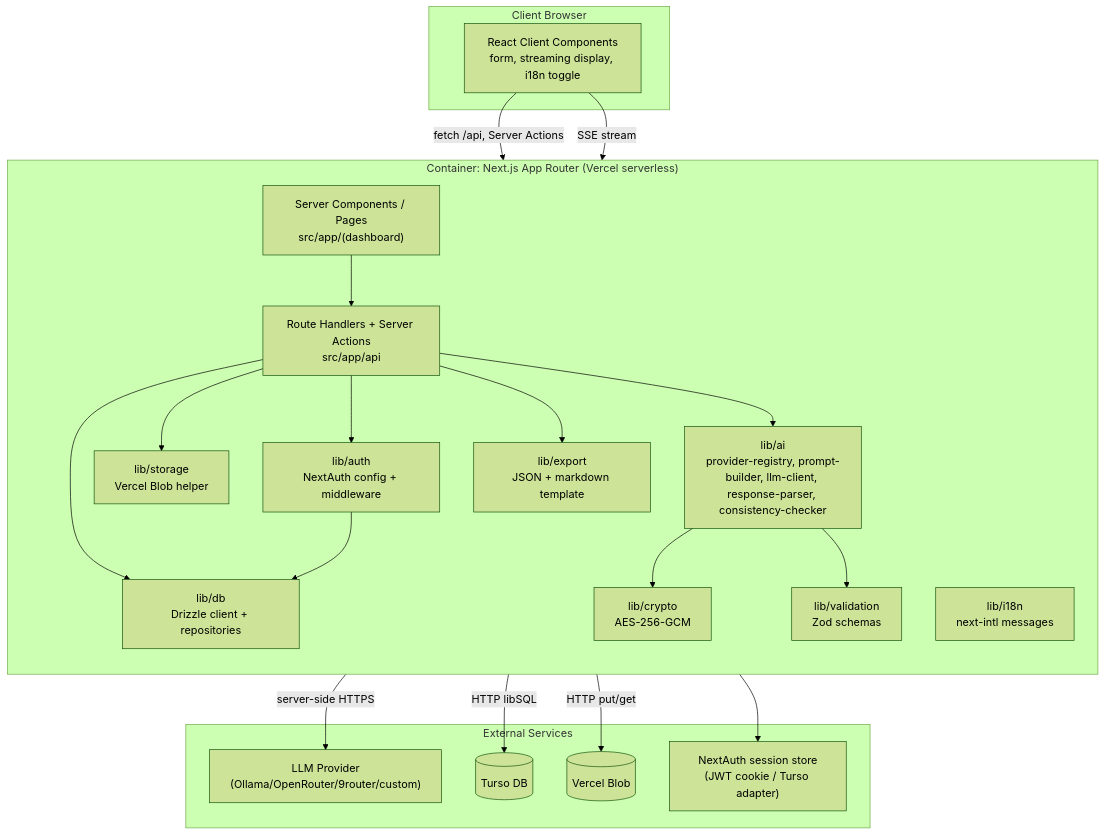
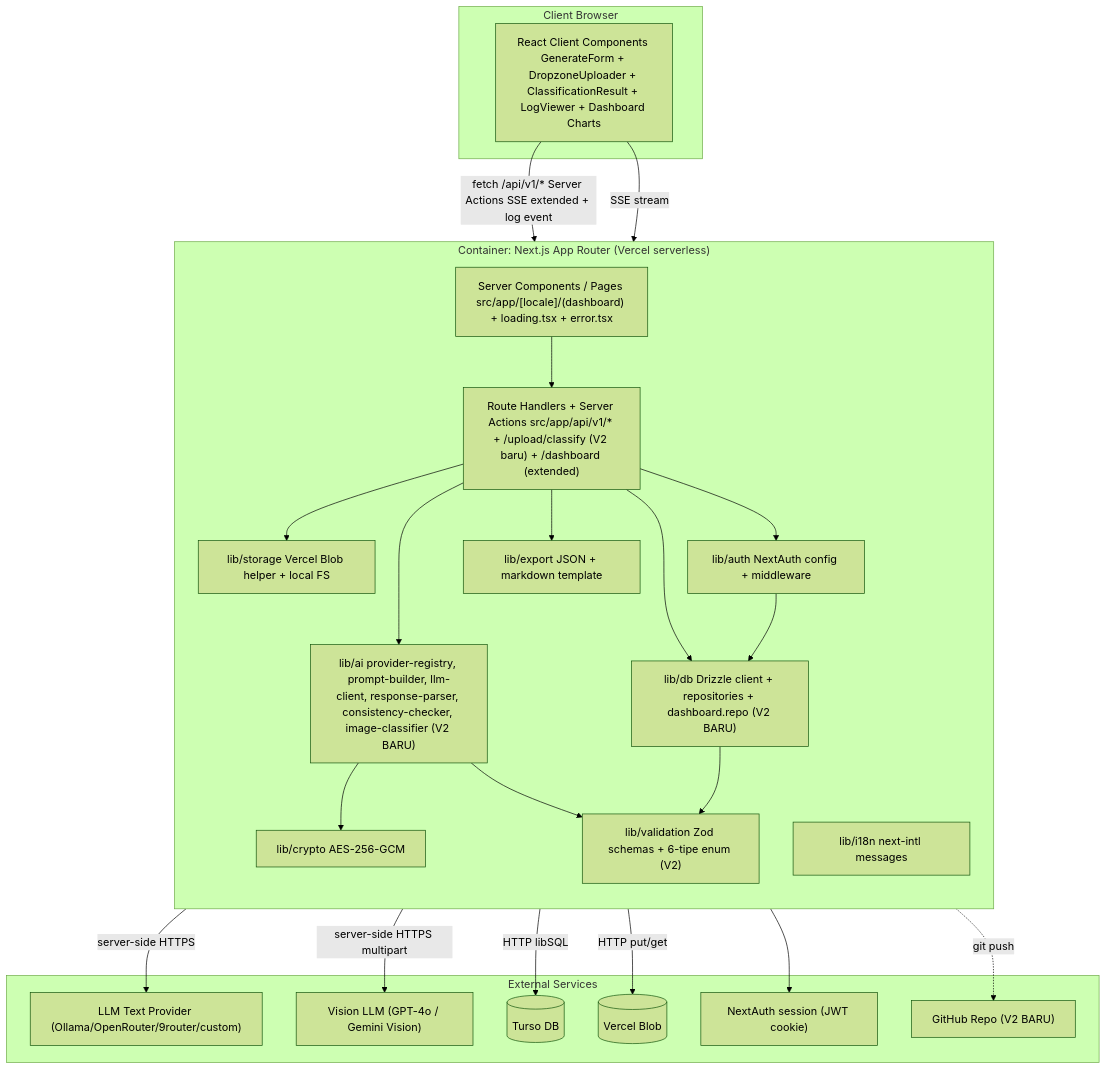
Before and after one commit to agrianwahab29/agrinode-promptflow: the second of 7 diagrams in product-docs/PROJECT_ARCHITECTURE.md, drawn with Mermaid (forest theme). The commit also changed other lines of this file and 80 other files, not shown here.

````diff
--- a/product-docs/PROJECT_ARCHITECTURE.md
+++ b/product-docs/PROJECT_ARCHITECTURE.md
@@ -109,43 +111,48 @@
 ```mermaid
 flowchart TB
     subgraph Client["Client Browser"]
-        UI["React Client Components<br/>form, streaming display, i18n toggle"]
+        UI["React Client Components GenerateForm + DropzoneUploader + ClassificationResult + LogViewer + Dashboard Charts"]
     end
 
     subgraph NextApp["Container: Next.js App Router (Vercel serverless)"]
         direction TB
-        RSC["Server Components / Pages<br/>src/app/(dashboard)"]
-        API["Route Handlers + Server Actions<br/>src/app/api"]
-        LibAI["lib/ai<br/>provider-registry, prompt-builder, llm-client, response-parser, consistency-checker"]
-        LibDB["lib/db<br/>Drizzle client + repositories"]
-        LibStorage["lib/storage<br/>Vercel Blob helper"]
-        LibAuth["lib/auth<br/>NextAuth config + middleware"]
-        LibCrypto["lib/crypto<br/>AES-256-GCM"]
-        LibI18n["lib/i18n<br/>next-intl messages"]
-        LibVal["lib/validation<br/>Zod schemas"]
-        LibExport["lib/export<br/>JSON + markdown template"]
+        RSC["Server Components / Pages src/app/[locale]/(dashboard) + loading.tsx + error.tsx"]
+        API["Route Handlers + Server Actions src/app/api/v1/* + /upload/classify (V2 baru) + /dashboard (extended)"]
+        LibAI["lib/ai provider-registry, prompt-builder, llm-client, response-parser, consistency-checker, image-classifier (V2 BARU)"]
+        LibDB["lib/db Drizzle client + repositories + dashboard.repo (V2 BARU)"]
+        LibStorage["lib/storage Vercel Blob helper + local FS"]
+        LibAuth["lib/auth NextAuth config + middleware"]
+        LibCrypto["lib/crypto AES-256-GCM"]
+        LibI18n["lib/i18n next-intl messages"]
+        LibVal["lib/validation Zod schemas + 6-tipe enum (V2)"]
+        LibExport["lib/export JSON + markdown template"]
     end
 
     subgraph Ext["External Services"]
-        LLM["LLM Provider<br/>(Ollama/OpenRouter/9router/custom)"]
+        LLM["LLM Text Provider (Ollama/OpenRouter/9router/custom)"]
+        Vision["Vision LLM (GPT-4o / Gemini Vision)"]
         Turso[("Turso DB")]
         Blob[("Vercel Blob")]
-        NextAuthStore["NextAuth session store<br/>(JWT cookie / Turso adapter)"]
+        NextAuthStore["NextAuth session (JWT cookie)"]
+        GH["GitHub Repo (V2 BARU)"]
     end
 
-    UI -->|fetch /api, Server Actions| RSC
+    UI -->|fetch /api/v1/* Server Actions SSE extended + log event| RSC
     UI -->|SSE stream| API
     RSC --> API
     API --> LibAI
     API --> LibDB
     API --> LibStorage
     API --> LibAuth
     API --> LibExport
     LibAI --> LibCrypto
     LibAI --> LibVal
+    LibDB --> LibVal
     LibAuth --> LibDB
     LibAuth --> NextAuthStore
     LibAI -->|server-side HTTPS| LLM
+    LibAI -->|server-side HTTPS multipart| Vision
     LibDB -->|HTTP libSQL| Turso
     LibStorage -->|HTTP put/get| Blob
+    NextApp -.->|git push| GH
 ```
````
